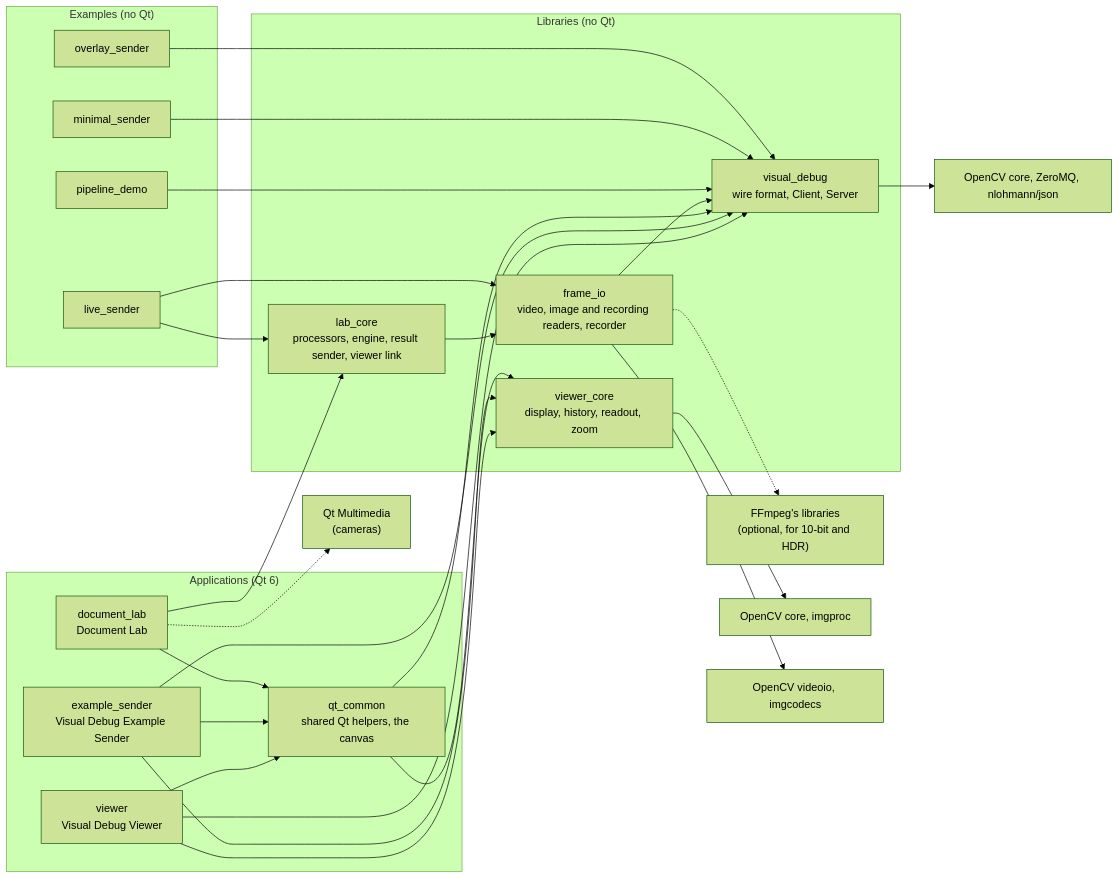
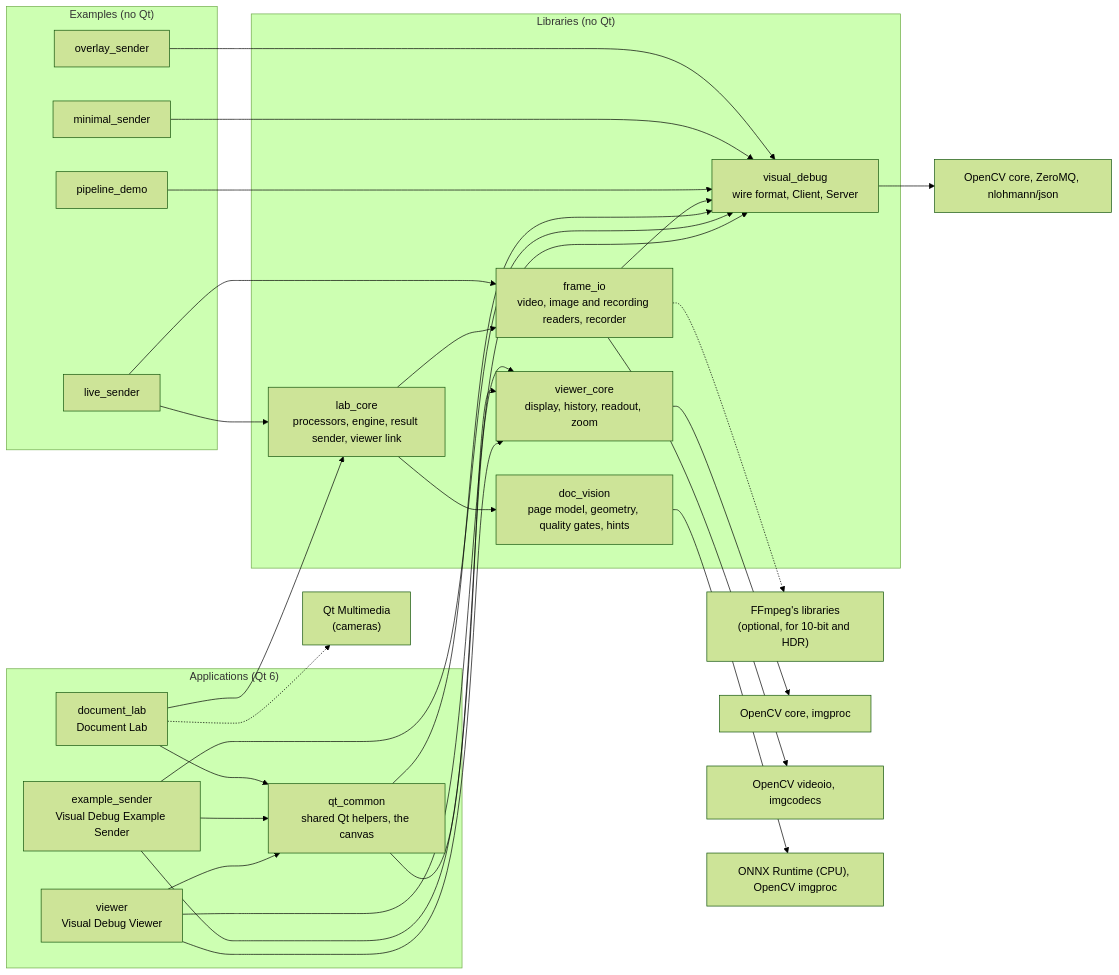
One commit to mbuster8/id-vision-lab changed the first of 3 diagrams in docs/architecture.md. Above: the diagram before and after it, drawn with Mermaid (forest theme). The commit also changed other lines of this file and 6 other files, not shown here.

First line of the commit message:
docs: the Document processor, ONNX Runtime and the models

````diff
--- a/docs/architecture.md
+++ b/docs/architecture.md
@@ -15,43 +15,46 @@
 ```mermaid
 flowchart LR
     subgraph apps["Applications (Qt 6)"]
         viewer["viewer<br/>Visual Debug Viewer"]
         sender["example_sender<br/>Visual Debug Example Sender"]
         lab["document_lab<br/>Document Lab"]
         qtcommon["qt_common<br/>shared Qt helpers, the canvas"]
     end
     subgraph examples["Examples (no Qt)"]
         pipeline["pipeline_demo"]
         minimal["minimal_sender"]
         overlay["overlay_sender"]
         live["live_sender"]
     end
     subgraph libs["Libraries (no Qt)"]
         vd["visual_debug<br/>wire format, Client, Server"]
         vc["viewer_core<br/>display, history, readout, zoom"]
         fio["frame_io<br/>video, image and recording readers, recorder"]
         lc["lab_core<br/>processors, engine, result sender, viewer link"]
+        dv["doc_vision<br/>page model, geometry, quality gates, hints"]
     end
     viewer --> qtcommon
     sender --> qtcommon
     lab --> qtcommon
     lab --> lc
     lab -.-> qtmm["Qt Multimedia<br/>(cameras)"]
     viewer --> vd
     viewer --> vc
     sender --> vd
     sender --> vc
     qtcommon --> vd
     qtcommon --> vc
     lc --> fio
+    lc --> dv
     fio --> vd
     pipeline --> vd
     minimal --> vd
     overlay --> vd
     live --> lc
     live --> fio
     fio -.-> ffmpeg["FFmpeg's libraries<br/>(optional, for 10-bit and HDR)"]
     vd --> deps1["OpenCV core, ZeroMQ, nlohmann/json"]
     vc --> deps2["OpenCV core, imgproc"]
     fio --> deps3["OpenCV videoio, imgcodecs"]
+    dv --> deps4["ONNX Runtime (CPU), OpenCV imgproc"]
 ```
````
